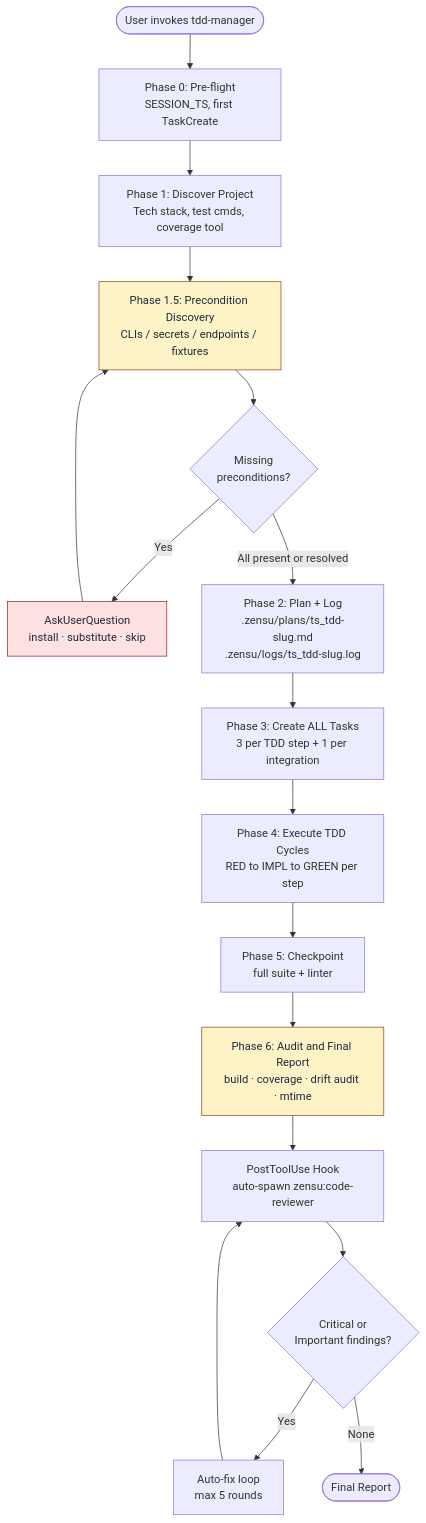
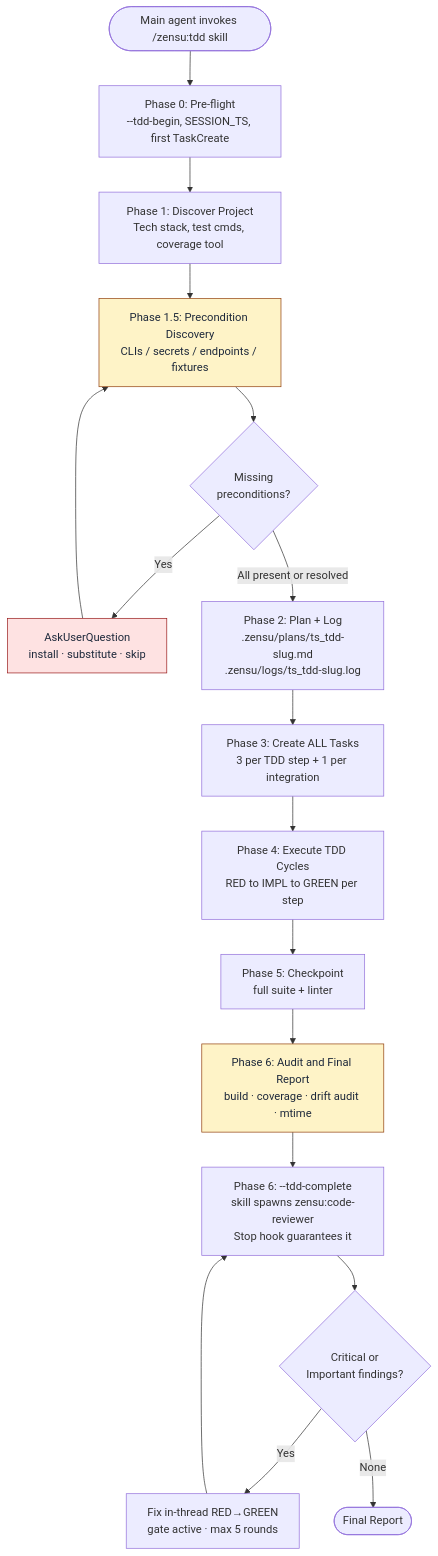
The first of 4 diagrams in docs/tdd-manager-workflow.md (MKITConsulting/zensu-claude-code), drawn with Mermaid before and after one commit. The commit also changed other lines of this file and 30 other files, not shown here.

````diff
--- a/docs/tdd-manager-workflow.md
+++ b/docs/tdd-manager-workflow.md
@@ -52,23 +54,23 @@
 ```mermaid
 flowchart TD
-    Start([User invokes tdd-manager]) --> P0[Phase 0: Pre-flight<br/>SESSION_TS, first TaskCreate]
+    Start([Main agent invokes /zensu:tdd skill]) --> P0[Phase 0: Pre-flight<br/>--tdd-begin, SESSION_TS, first TaskCreate]
     P0 --> P1[Phase 1: Discover Project<br/>Tech stack, test cmds, coverage tool]
     P1 --> P15[Phase 1.5: Precondition Discovery<br/>CLIs / secrets / endpoints / fixtures]
     P15 --> Q{Missing<br/>preconditions?}
     Q -->|Yes| Ask[AskUserQuestion<br/>install · substitute · skip]
     Ask --> P15
     Q -->|All present or resolved| P2[Phase 2: Plan + Log<br/>.zensu/plans/ts_tdd-slug.md<br/>.zensu/logs/ts_tdd-slug.log]
     P2 --> P3[Phase 3: Create ALL Tasks<br/>3 per TDD step + 1 per integration]
     P3 --> P4[Phase 4: Execute TDD Cycles<br/>RED to IMPL to GREEN per step]
     P4 --> P5[Phase 5: Checkpoint<br/>full suite + linter]
     P5 --> P6[Phase 6: Audit and Final Report<br/>build · coverage · drift audit · mtime]
-    P6 --> Review[PostToolUse Hook<br/>auto-spawn zensu:code-reviewer]
+    P6 --> Review[Phase 6: --tdd-complete<br/>skill spawns zensu:code-reviewer<br/>Stop hook guarantees it]
     Review --> Findings{Critical or<br/>Important findings?}
-    Findings -->|Yes| AutoFix[Auto-fix loop<br/>max 5 rounds]
+    Findings -->|Yes| AutoFix[Fix in-thread RED→GREEN<br/>gate active · max 5 rounds]
     AutoFix --> Review
     Findings -->|None| Done([Final Report])
 
     style P15 fill:#fef3c7,stroke:#92400e,color:#1e293b
     style P6 fill:#fef3c7,stroke:#92400e,color:#1e293b
     style Ask fill:#fee2e2,stroke:#991b1b,color:#1e293b
 ```
````
